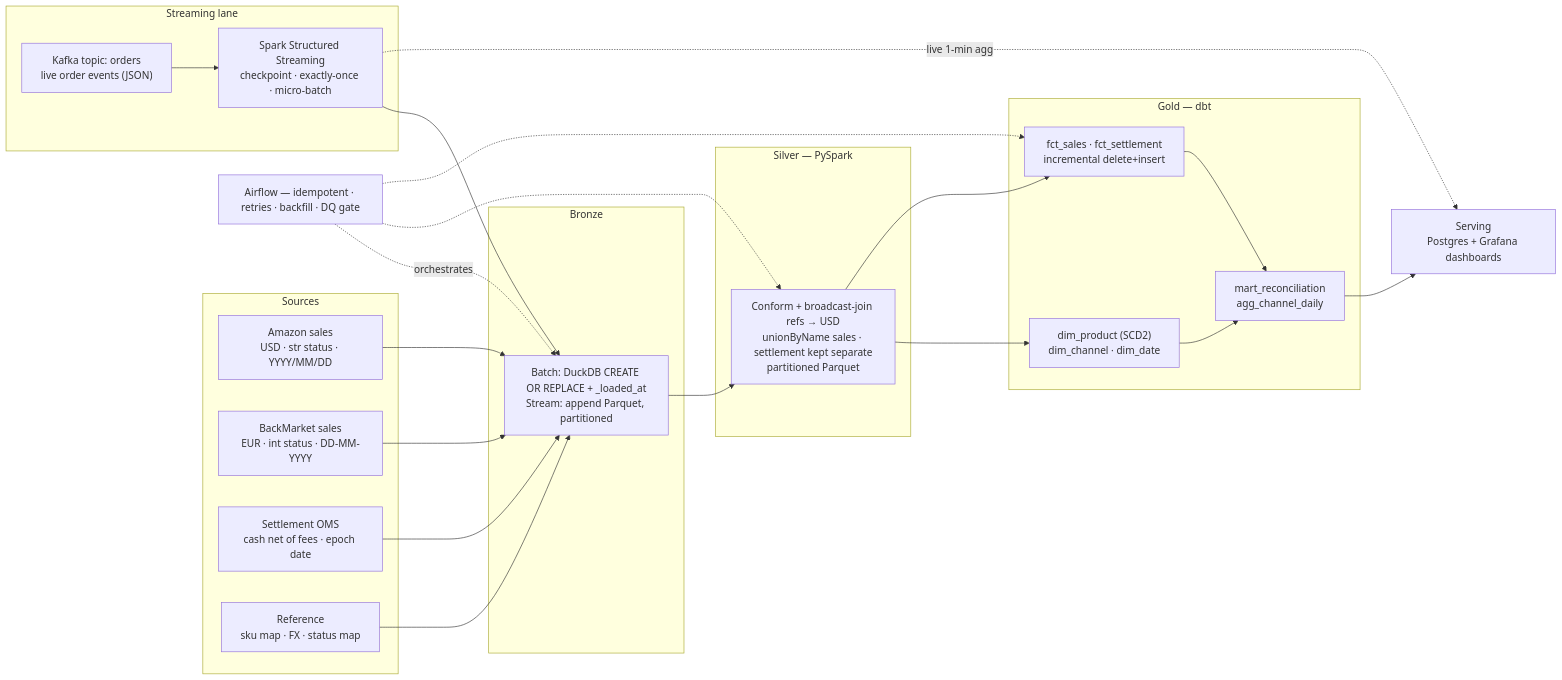
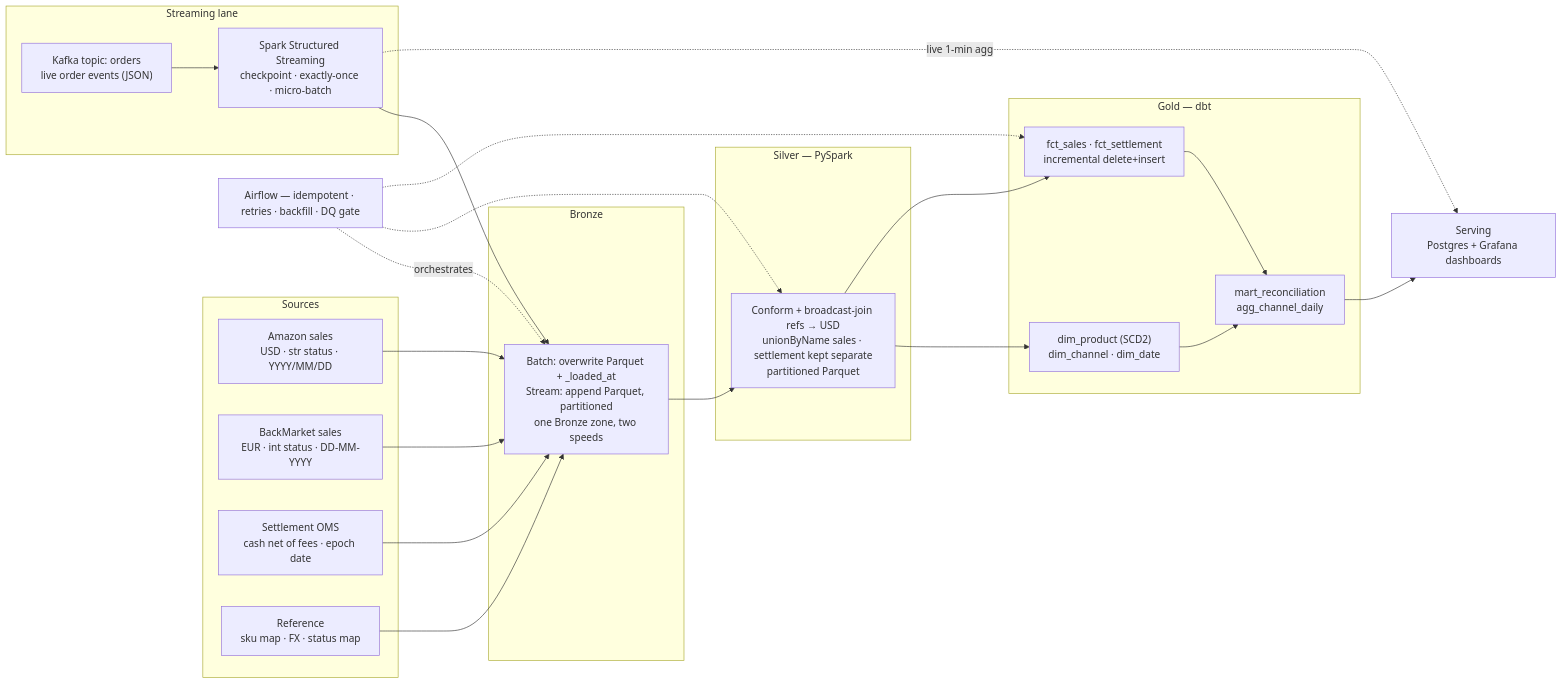
Before and after one commit to uyentrang27/commerce-lakehouse: the first of 2 diagrams in README.md, drawn with Mermaid. The commit also changed other lines of this file and 5 other files, not shown here.

First line of the commit message:
refactor(bronze): materialise Bronze as Parquet; Silver reads Bronze

````diff
--- a/README.md
+++ b/README.md
@@ -16,42 +16,42 @@
 ```mermaid
 flowchart LR
   subgraph SRC["Sources"]
     A["Amazon sales<br/>USD · str status · YYYY/MM/DD"]
     B["BackMarket sales<br/>EUR · int status · DD-MM-YYYY"]
     S["Settlement OMS<br/>cash net of fees · epoch date"]
     R["Reference<br/>sku map · FX · status map"]
   end
   subgraph STRM["Streaming lane"]
     KFK["Kafka topic: orders<br/>live order events (JSON)"]
     SSS["Spark Structured Streaming<br/>checkpoint · exactly-once · micro-batch"]
   end
   subgraph BR["Bronze"]
-    BRZ["Batch: DuckDB CREATE OR REPLACE + _loaded_at<br/>Stream: append Parquet, partitioned"]
+    BRZ["Batch: overwrite Parquet + _loaded_at<br/>Stream: append Parquet, partitioned<br/>one Bronze zone, two speeds"]
   end
   subgraph SV["Silver — PySpark"]
     SIL["Conform + broadcast-join refs → USD<br/>unionByName sales · settlement kept separate<br/>partitioned Parquet"]
   end
   subgraph GD["Gold — dbt"]
     DIM["dim_product (SCD2)<br/>dim_channel · dim_date"]
     FCT["fct_sales · fct_settlement<br/>incremental delete+insert"]
     MRT["mart_reconciliation<br/>agg_channel_daily"]
   end
   PBI["Serving<br/>Postgres + Grafana dashboards"]
 
   A --> BRZ
   B --> BRZ
   S --> BRZ
   R --> BRZ
   KFK --> SSS
   SSS --> BRZ
   SSS -.live 1-min agg.-> PBI
   BRZ --> SIL
   SIL --> DIM
   SIL --> FCT
   DIM --> MRT
   FCT --> MRT
   MRT --> PBI
   AF["Airflow — idempotent · retries · backfill · DQ gate"] -.orchestrates.-> BRZ
   AF -.-> SIL
   AF -.-> FCT
 ```
````
